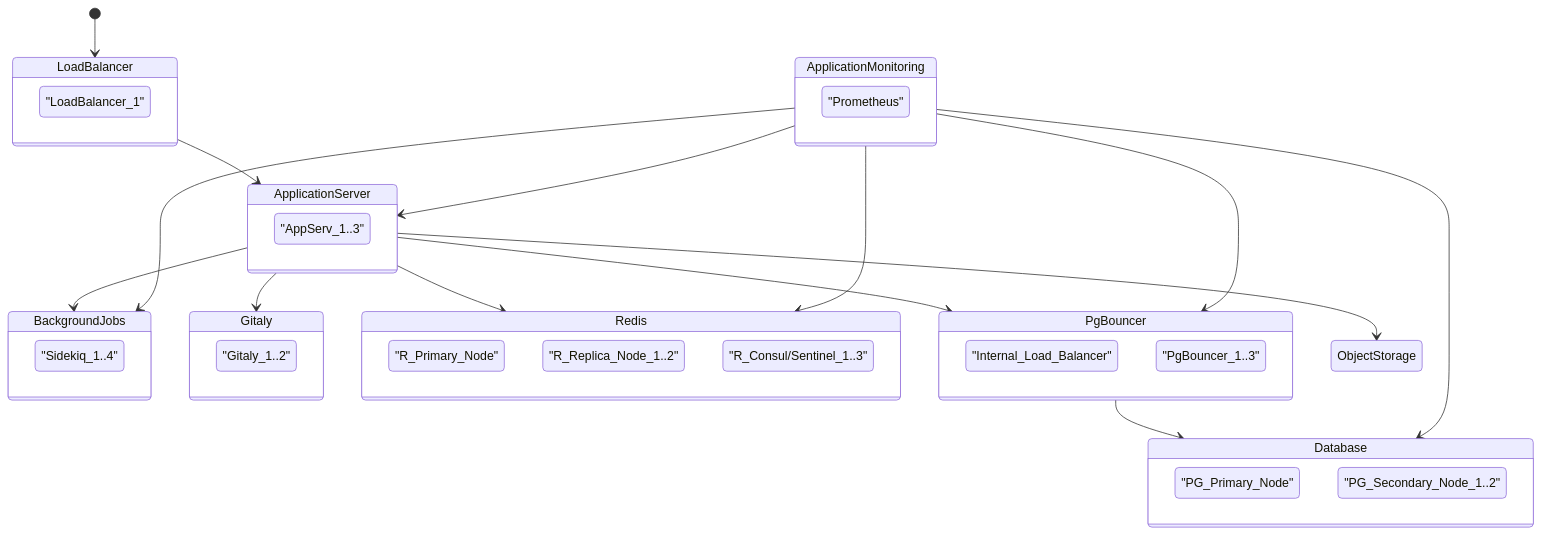
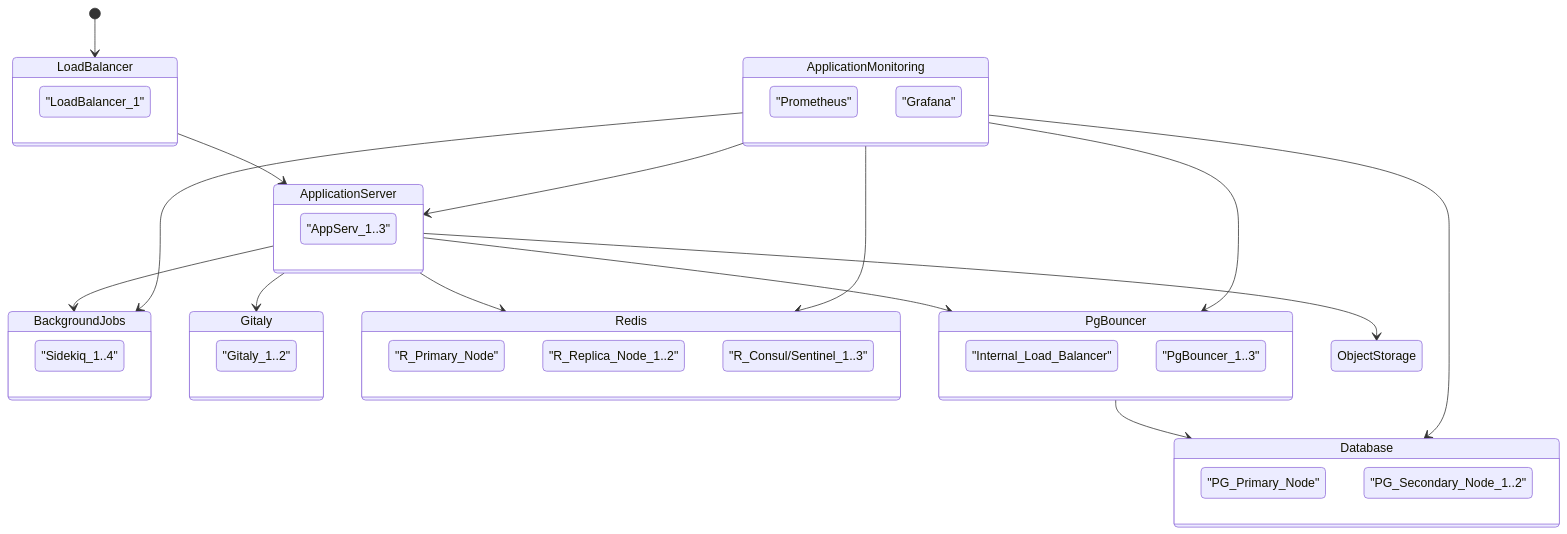
One commit to mehulagg/gitlab changed the diagram in doc/administration/reference_architectures/5k_users.md. Above: the diagram before and after it, drawn with Mermaid.

Commit message:
Apply 1 suggestion(s) to 1 file(s)

````diff
--- a/doc/administration/reference_architectures/5k_users.md
+++ b/doc/administration/reference_architectures/5k_users.md
@@ -40,54 +40,55 @@
 ```mermaid
 stateDiagram-v2
     [*] --> LoadBalancer
     LoadBalancer --> ApplicationServer
 
     ApplicationServer --> BackgroundJobs
     ApplicationServer --> Gitaly
     ApplicationServer --> Redis
     ApplicationServer --> PgBouncer
     PgBouncer --> Database
     ApplicationServer --> ObjectStorage
 
     ApplicationMonitoring -->ApplicationServer
     ApplicationMonitoring -->Redis
     ApplicationMonitoring -->PgBouncer
     ApplicationMonitoring -->Database
     ApplicationMonitoring -->BackgroundJobs
 
     state Database {
       "PG_Primary_Node"
       "PG_Secondary_Node_1..2"
     }
     state Redis {
       "R_Primary_Node"
       "R_Replica_Node_1..2"
       "R_Consul/Sentinel_1..3"
     }
 
     state Gitaly {
       "Gitaly_1..2"
     }
 
     state BackgroundJobs {
       "Sidekiq_1..4"
     }
 
     state ApplicationServer {
       "AppServ_1..3"
     }
 
     state LoadBalancer {
       "LoadBalancer_1"
     }
 
     state ApplicationMonitoring {
       "Prometheus"
+      "Grafana"
     }
 
     state PgBouncer {
       "Internal_Load_Balancer"
       "PgBouncer_1..3"
 
     }
 ```
````
